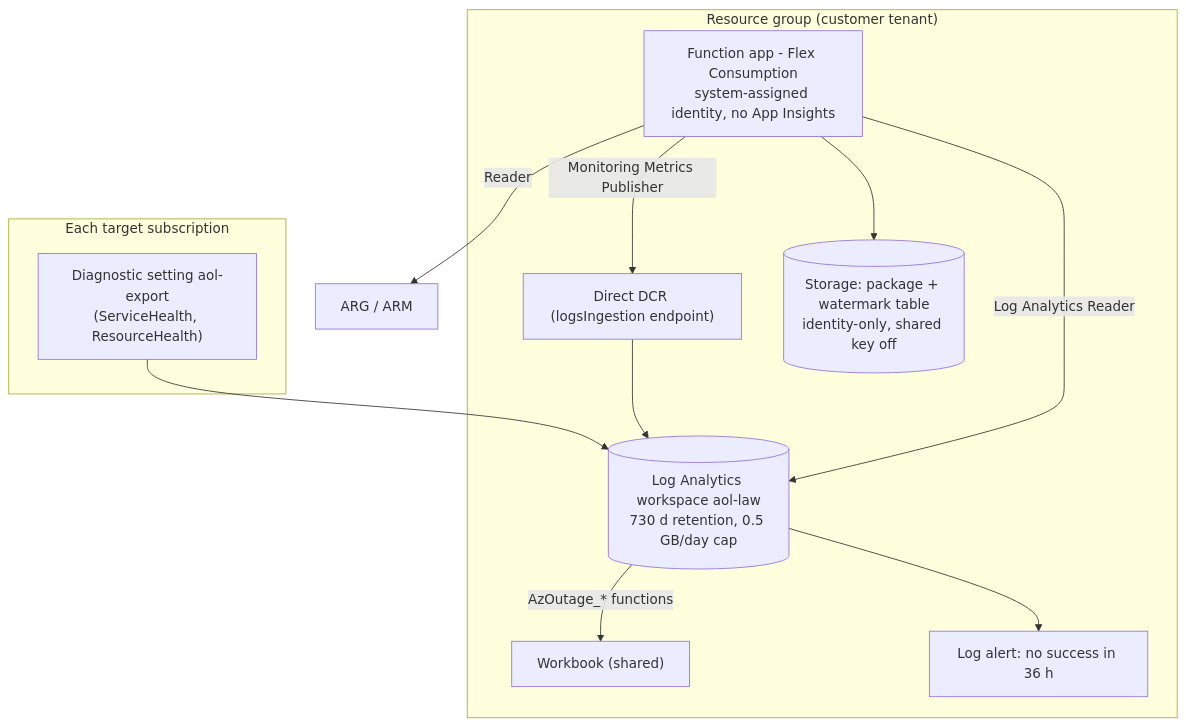
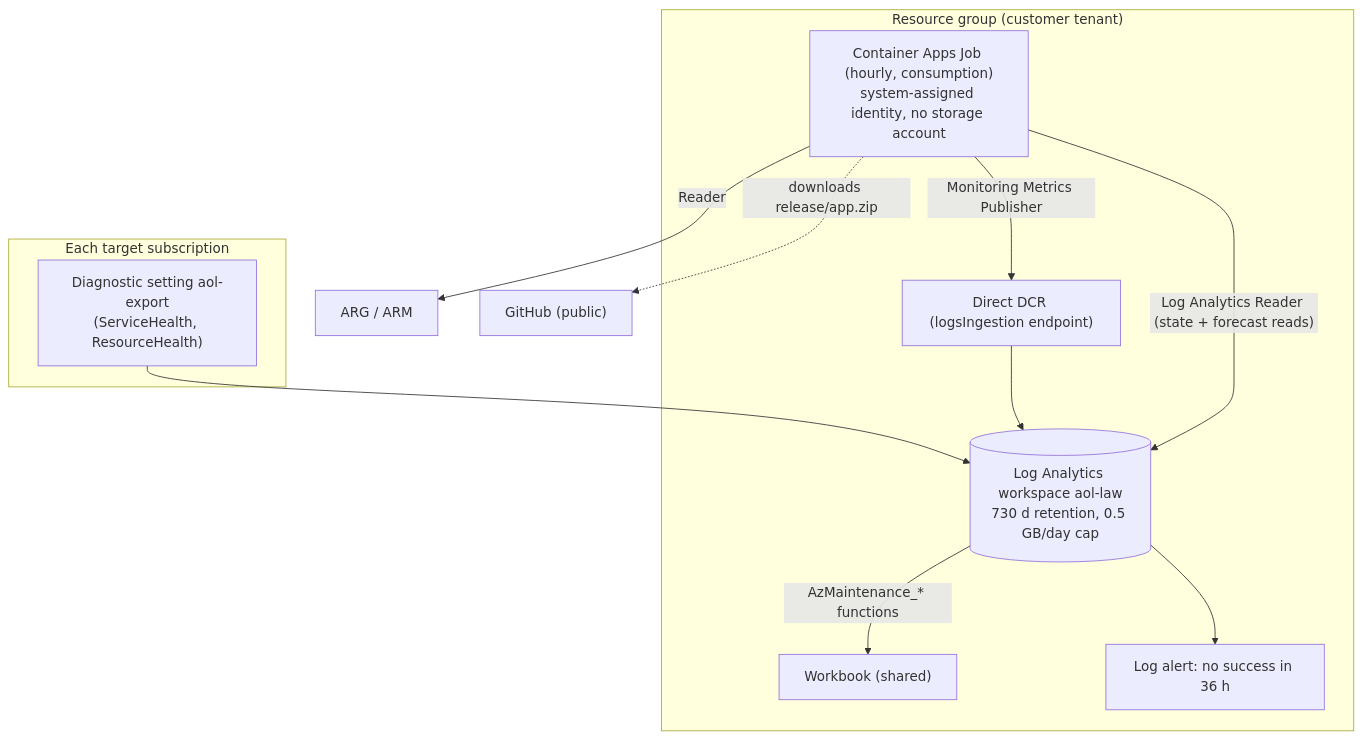
One commit to Saby007/azure-maintenance-ledger changed the diagram in docs/architecture.md. Above: the diagram before and after it, drawn with Mermaid. The commit also changed other lines of this file and 91 other files, not shown here.

First line of the commit message:
Rename outage -> maintenance everywhere; replace the Function app with a Container Apps Job

````diff
--- a/docs/architecture.md
+++ b/docs/architecture.md
@@ -3,21 +3,20 @@
 ```mermaid
 flowchart TB
   subgraph Subscription["Each target subscription"]
     DS["Diagnostic setting aol-export<br/>(ServiceHealth, ResourceHealth)"]
   end
   subgraph RG["Resource group (customer tenant)"]
     LAW[("Log Analytics workspace aol-law<br/>730 d retention, 0.5 GB/day cap")]
     DCR["Direct DCR (logsIngestion endpoint)"]
-    FUNC["Function app - Flex Consumption<br/>system-assigned identity, no App Insights"]
-    ST[("Storage: package + watermark table<br/>identity-only, shared key off")]
+    JOB["Container Apps Job (hourly, consumption)<br/>system-assigned identity, no storage account"]
     WB["Workbook (shared)"]
     ALERT["Log alert: no success in 36 h"]
   end
   DS --> LAW
-  FUNC -- "Reader" --> ARG["ARG / ARM"]
-  FUNC -- "Monitoring Metrics Publisher" --> DCR --> LAW
-  FUNC --> ST
-  FUNC -- "Log Analytics Reader" --> LAW
-  LAW -- "AzOutage_* functions" --> WB
+  JOB -- "Reader" --> ARG["ARG / ARM"]
+  JOB -- "Monitoring Metrics Publisher" --> DCR --> LAW
+  JOB -- "Log Analytics Reader (state + forecast reads)" --> LAW
+  JOB -. "downloads release/app.zip" .-> GH["GitHub (public)"]
+  LAW -- "AzMaintenance_* functions" --> WB
   LAW --> ALERT
 ```
````
